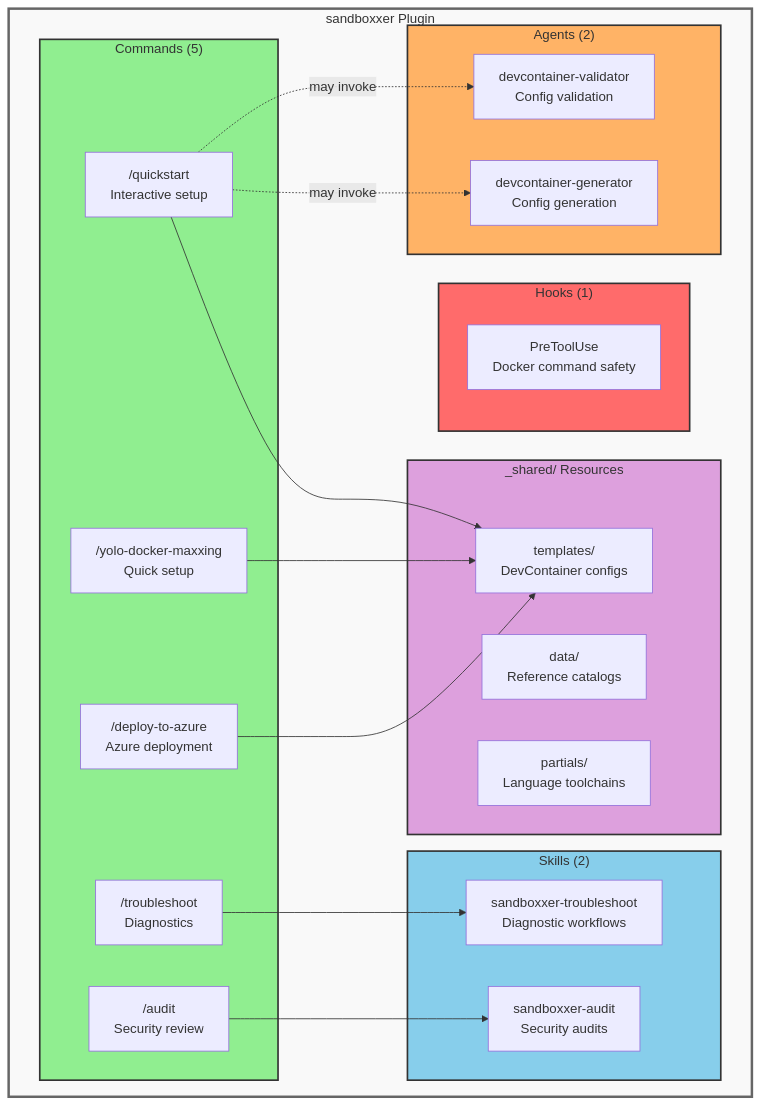
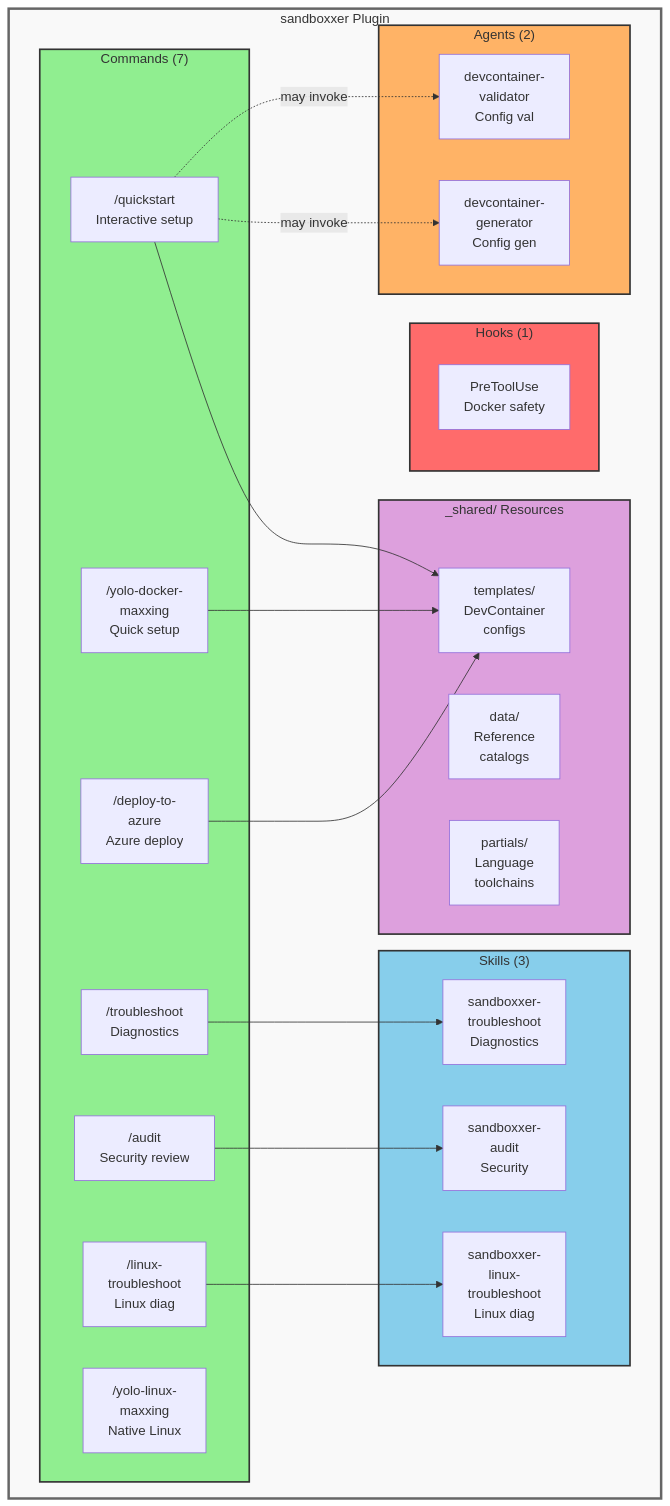
The diagram in docs/diagrams/plugin-architecture.mmd (andrewcchoi/sandbox-maxxing), drawn with Mermaid before and after one commit. The commit also changed 9 other files, not shown here.

First line of the commit message:
docs: add Linux commands coverage across documentation

```diff
--- a/docs/diagrams/plugin-architecture.mmd
+++ b/docs/diagrams/plugin-architecture.mmd
@@ -1,46 +1,50 @@
 graph TB
     subgraph Plugin["sandboxxer Plugin"]
-        subgraph Commands["Commands (5)"]
+        subgraph Commands["Commands (7)"]
             C1["/quickstart<br/>Interactive setup"]
-            C2["/yolo-docker-maxxing<br/>Quick setup"]
+            C2["/yolo-docker-<br/>maxxing<br/>Quick setup"]
             C3["/troubleshoot<br/>Diagnostics"]
             C4["/audit<br/>Security review"]
-            C5["/deploy-to-azure<br/>Azure deployment"]
+            C5["/deploy-to-<br/>azure<br/>Azure deploy"]
+            C6["/yolo-linux-<br/>maxxing<br/>Native Linux"]
+            C7["/linux-<br/>troubleshoot<br/>Linux diag"]
         end
 
-        subgraph Skills["Skills (2)"]
-            S1["sandboxxer-troubleshoot<br/>Diagnostic workflows"]
-            S2["sandboxxer-audit<br/>Security audits"]
+        subgraph Skills["Skills (3)"]
+            S1["sandboxxer-<br/>troubleshoot<br/>Diagnostics"]
+            S2["sandboxxer-<br/>audit<br/>Security"]
+            S3["sandboxxer-<br/>linux-<br/>troubleshoot<br/>Linux diag"]
         end
 
         subgraph Agents["Agents (2)"]
-            A1["devcontainer-generator<br/>Config generation"]
-            A2["devcontainer-validator<br/>Config validation"]
+            A1["devcontainer-<br/>generator<br/>Config gen"]
+            A2["devcontainer-<br/>validator<br/>Config val"]
         end
 
         subgraph Hooks["Hooks (1)"]
-            H1["PreToolUse<br/>Docker command safety"]
+            H1["PreToolUse<br/>Docker safety"]
         end
 
         subgraph Shared["_shared/ Resources"]
-            T["templates/<br/>DevContainer configs"]
-            D["data/<br/>Reference catalogs"]
-            P["partials/<br/>Language toolchains"]
+            T["templates/<br/>DevContainer<br/>configs"]
+            D["data/<br/>Reference<br/>catalogs"]
+            P["partials/<br/>Language<br/>toolchains"]
         end
     end
 
     C1 --> T
     C2 --> T
     C5 --> T
     C3 --> S1
     C4 --> S2
+    C7 --> S3
 
     C1 -.->|"may invoke"| A1
     C1 -.->|"may invoke"| A2
 
     style Commands fill:#90EE90,stroke:#333,stroke-width:2px
     style Skills fill:#87CEEB,stroke:#333,stroke-width:2px
     style Agents fill:#FFB366,stroke:#333,stroke-width:2px
     style Hooks fill:#FF6B6B,stroke:#333,stroke-width:2px
     style Shared fill:#DDA0DD,stroke:#333,stroke-width:2px
     style Plugin fill:#f9f9f9,stroke:#666,stroke-width:3px
```
